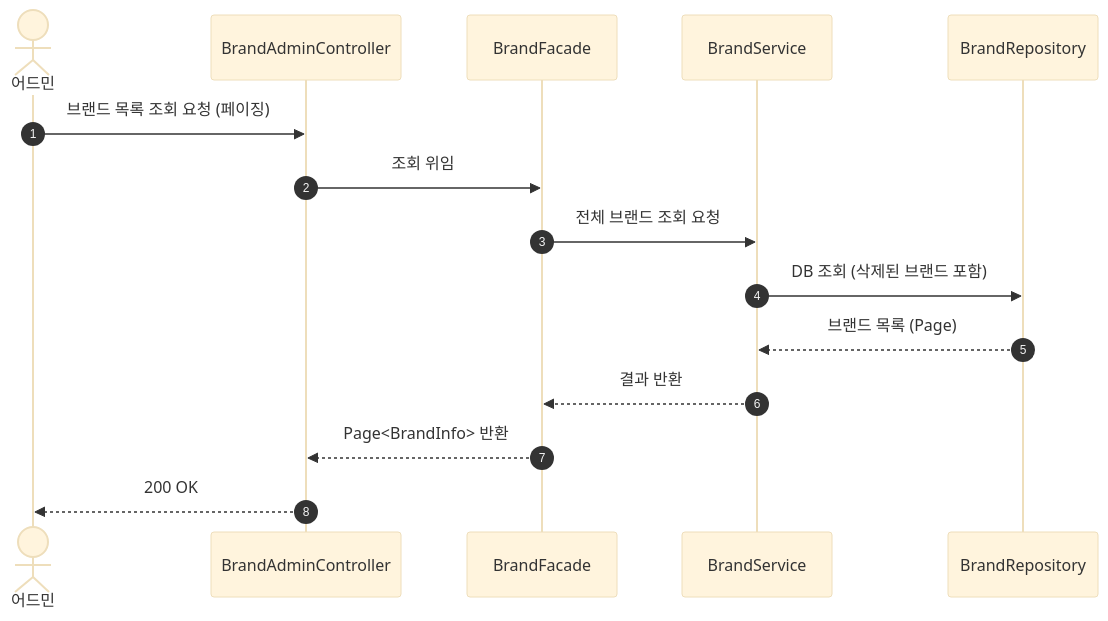
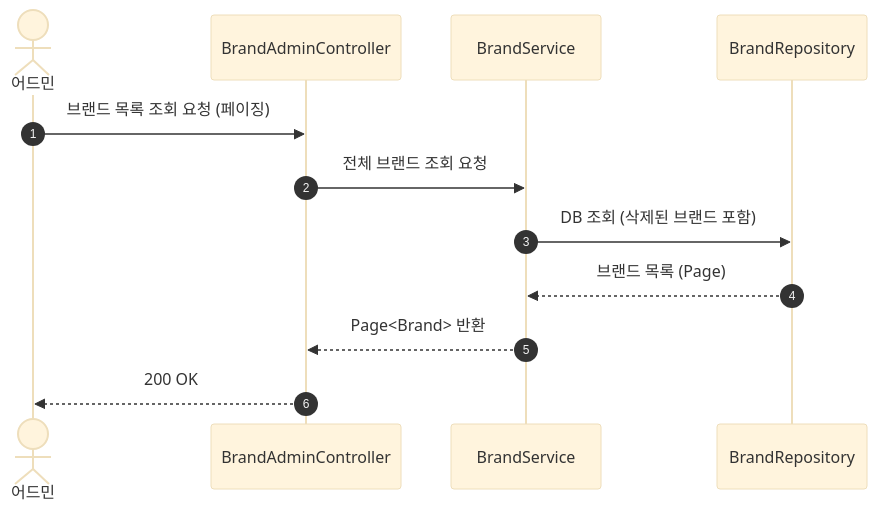
One commit to Loopers-dev-lab/loop-pack-be-l2-vol3-kotlin changed the fourth of 21 diagrams in docs/design-v2/02-sequence-diagrams-v2.md. Above: the diagram before and after it, drawn with Mermaid (base theme). The commit also changed other lines of this file and 6 other files, not shown here.

First line of the commit message:
docs: v2 설계 문서 2차 리뷰 반영 — 6건 이슈 해소, 플로우차트·마인드맵 추가

````diff
--- a/docs/design-v2/02-sequence-diagrams-v2.md
+++ b/docs/design-v2/02-sequence-diagrams-v2.md
@@ -110,17 +104,14 @@
 ```mermaid
 sequenceDiagram
     autonumber
     actor Admin as 어드민
     participant C as BrandAdminController
-    participant F as BrandFacade
     participant S as BrandService
     participant R as BrandRepository
     Admin ->> C: 브랜드 목록 조회 요청 (페이징)
-    C ->> F: 조회 위임
-    F ->> S: 전체 브랜드 조회 요청
+    C ->> S: 전체 브랜드 조회 요청
     S ->> R: DB 조회 (삭제된 브랜드 포함)
     R -->> S: 브랜드 목록 (Page)
-    S -->> F: 결과 반환
-    F -->> C: Page<BrandInfo> 반환
+    S -->> C: Page<Brand> 반환
     C -->> Admin: 200 OK
 ```
````
